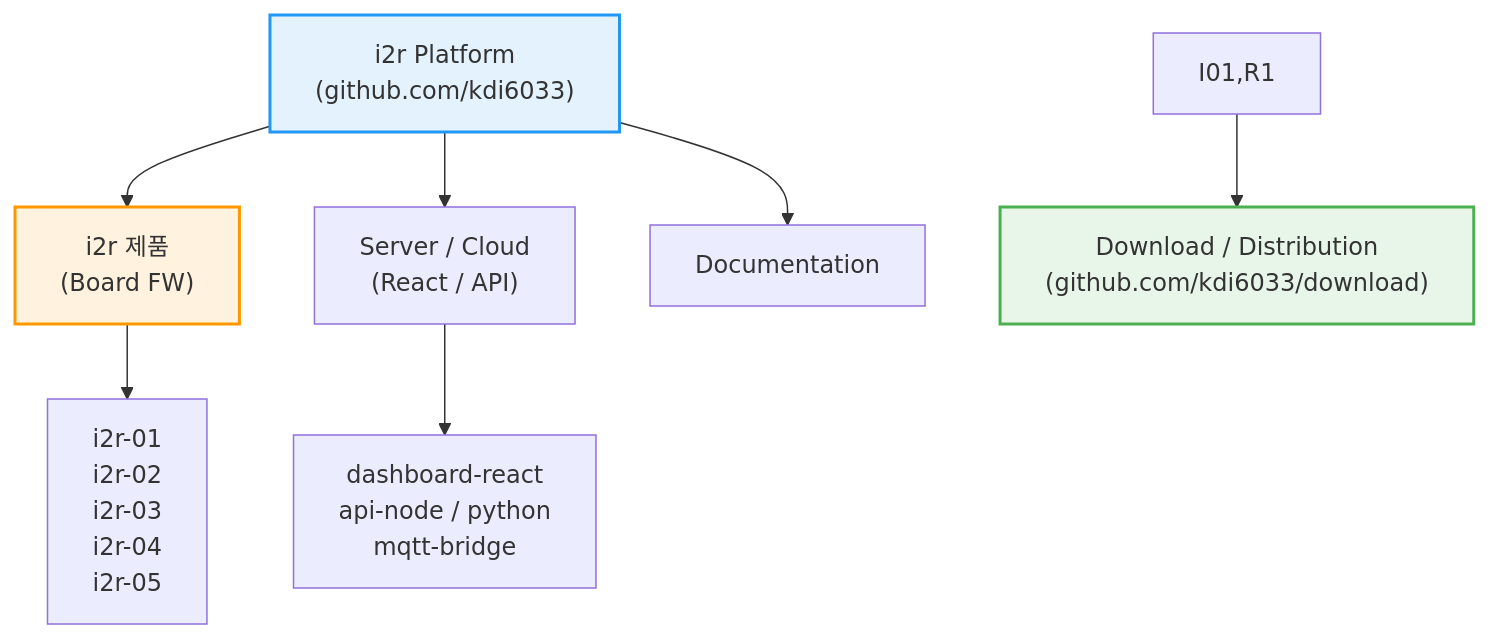
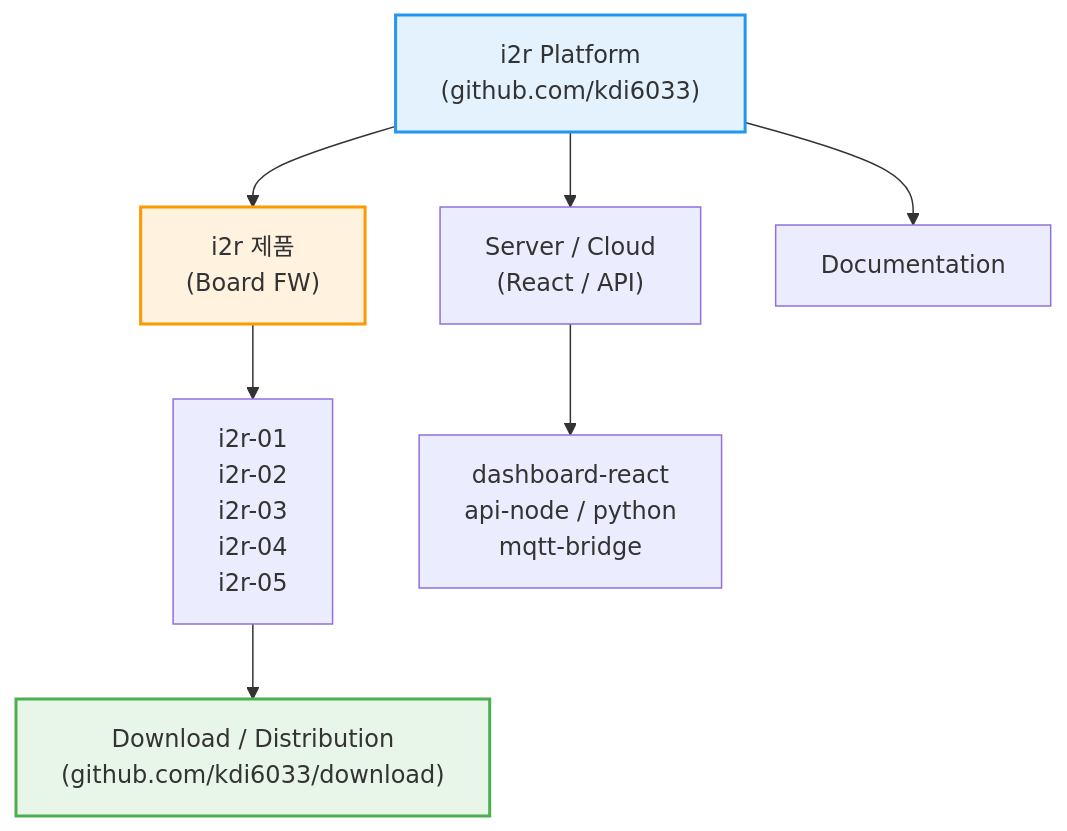
Before and after one commit to kdi6033/kdi6033: the first of 2 diagrams in README.md, drawn with Mermaid.

Commit message:
Fix download center link in README.md

````diff
--- a/README.md
+++ b/README.md
@@ -61,21 +61,21 @@
 ```mermaid
 graph TD
     %% Main Platform
     MAIN["i2r Platform<br/>(github.com/kdi6033)"] --> FW["i2r 제품<br/>(Board FW)"]
     MAIN --> CLOUD["Server / Cloud<br/>(React / API)"]
     MAIN --> DOCS["Documentation"]
 
     %% Firmware Branch
     FW --> I01[i2r-01<br/>i2r-02<br/>i2r-03<br/>i2r-04<br/>i2r-05]
     
     %% Cloud Branch
     CLOUD --> R1[dashboard-react<br/>api-node / python<br/>mqtt-bridge]
 
     %% Download Center (Linked from FW)
-    I01,R1 --> DL["Download / Distribution<br/>(github.com/kdi6033/download)"]
+    I01 --> DL["Download / Distribution<br/>(github.com/kdi6033/download)"]
 
     %% Styling
     style MAIN fill:#E3F2FD,stroke:#2196F3,stroke-width:2px
     style FW fill:#FFF3E0,stroke:#FF9800,stroke-width:2px
     style DL fill:#E8F5E9,stroke:#4CAF50,stroke-width:2px
 ```
````
